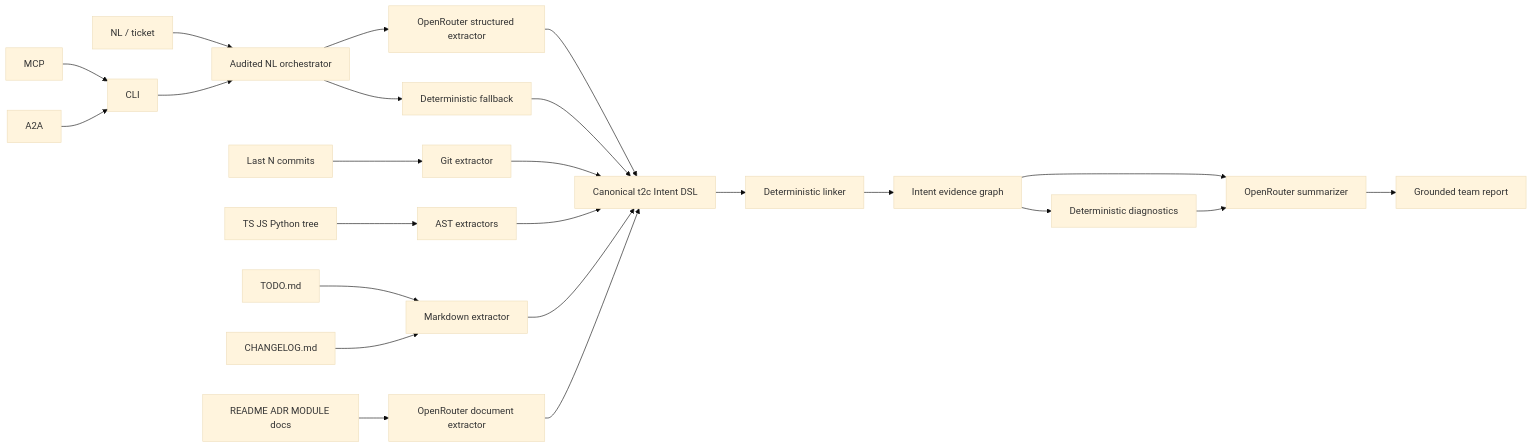
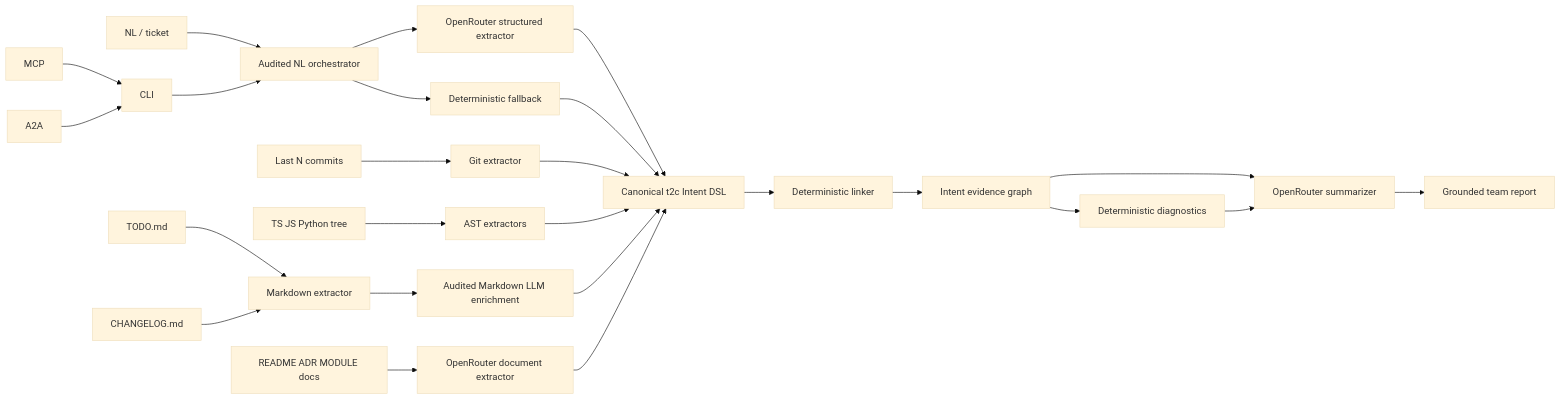
Before and after one commit to autogrammar/todo2code: the diagram in docs/ARCHITECTURE.md, drawn with Mermaid (base theme). The commit also changed other lines of this file and 49 other files, not shown here.

Commit message:
feat: audit markdown LLM and environment contract

````diff
--- a/docs/ARCHITECTURE.md
+++ b/docs/ARCHITECTURE.md
@@ -5,29 +5,30 @@
 ```mermaid
 flowchart LR
     NL[NL / ticket] --> NLO[Audited NL orchestrator]
     NLO --> NLLM[OpenRouter structured extractor]
     NLO --> NLE[Deterministic fallback]
     GIT[Last N commits] --> GE[Git extractor]
     CODE[TS JS Python tree] --> AE[AST extractors]
     TODO[TODO.md] --> ME[Markdown extractor]
     CHG[CHANGELOG.md] --> ME
+    ME --> MLO[Audited Markdown LLM enrichment]
     DOCS[README ADR MODULE docs] --> ORE[OpenRouter document extractor]
 
     NLLM --> DSL[Canonical t2c Intent DSL]
     NLE --> DSL
     GE --> DSL
     AE --> DSL
-    ME --> DSL
+    MLO --> DSL
     ORE --> DSL
 
     DSL --> LINK[Deterministic linker]
     LINK --> GRAPH[Intent evidence graph]
     GRAPH --> DIAG[Deterministic diagnostics]
     GRAPH --> SUM[OpenRouter summarizer]
     DIAG --> SUM
     SUM --> REPORT[Grounded team report]
 
     CLI --> NLO
     MCP --> CLI
     A2A --> CLI
 ```
````
